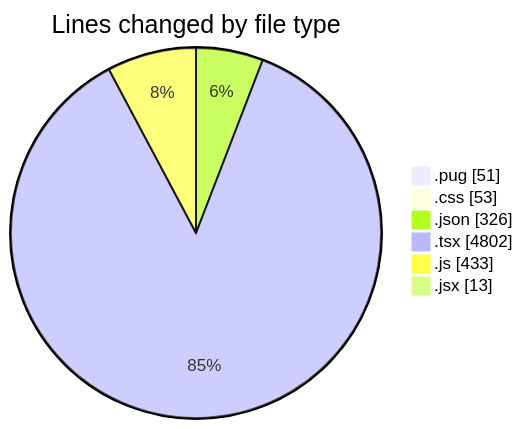
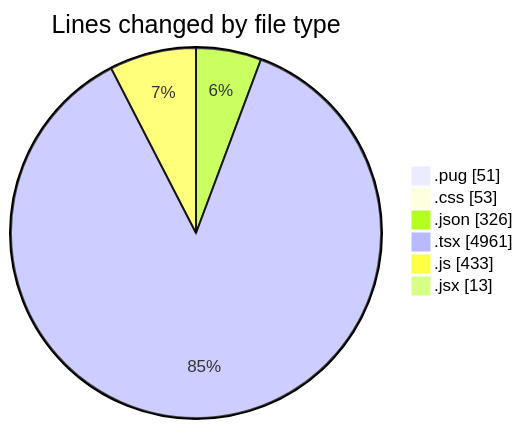
One commit to momahboobian/code-tracking changed the first of 2 diagrams in 2025-11-06/cda/README.md. Above: the diagram before and after it, drawn with Mermaid. The commit also changed other lines of this file and 1 other file, not shown here.

````diff
--- a/2025-11-06/cda/README.md
+++ b/2025-11-06/cda/README.md
@@ -39,10 +40,10 @@
 ```mermaid
 pie showData
 title Lines changed by file type
 ".pug" : 51
 ".css" : 53
 ".json" : 326
-".tsx" : 4802
+".tsx" : 4961
 ".js" : 433
 ".jsx" : 13
 ```
````
